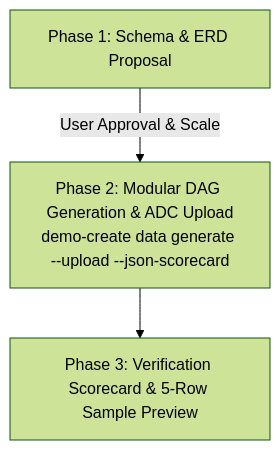
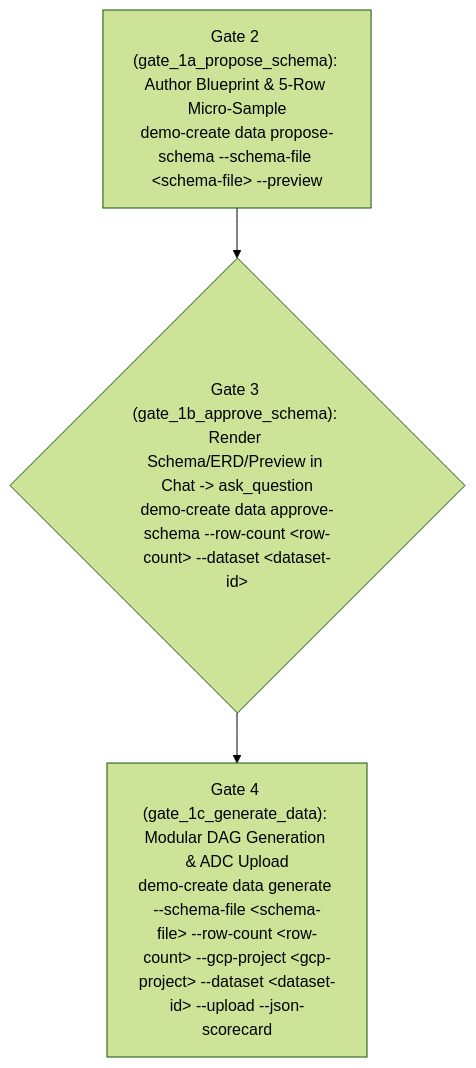
The second of 3 diagrams in skills/looker-demo-orchestrator/SKILL.md (lkrdev/looker-demo-cli), drawn with Mermaid (forest theme) before and after one commit. The commit also changed other lines of this file and 18 other files, not shown here.

````diff
--- a/skills/looker-demo-orchestrator/SKILL.md
+++ b/skills/looker-demo-orchestrator/SKILL.md
@@ -174,5 +204,5 @@
 ```mermaid
 graph TD
-    A[Phase 1: Schema & ERD Proposal] -->|User Approval & Scale| B[Phase 2: Modular DAG Generation & ADC Upload<br/>demo-create data generate --upload --json-scorecard]
-    B --> C[Phase 3: Verification Scorecard & 5-Row Sample Preview]
+    A["Gate 2 (gate_1a_propose_schema): Author Blueprint & 5-Row Micro-Sample<br/>demo-create data propose-schema --schema-file &lt;schema-file&gt; --preview"] --> B{"Gate 3 (gate_1b_approve_schema): Render Schema/ERD/Preview in Chat -> ask_question<br/>demo-create data approve-schema --row-count &lt;row-count&gt; --dataset &lt;dataset-id&gt;"}
+    B --> C["Gate 4 (gate_1c_generate_data): Modular DAG Generation & ADC Upload<br/>demo-create data generate --schema-file &lt;schema-file&gt; --row-count &lt;row-count&gt; --gcp-project &lt;gcp-project&gt; --dataset &lt;dataset-id&gt; --upload --json-scorecard"]
 ```
````
